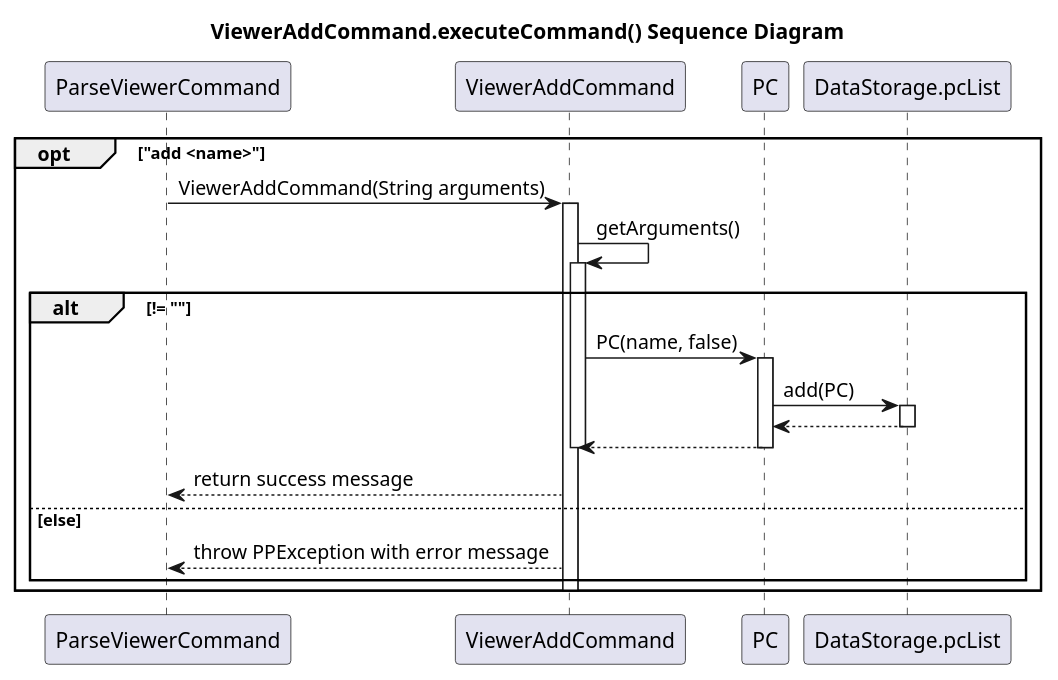
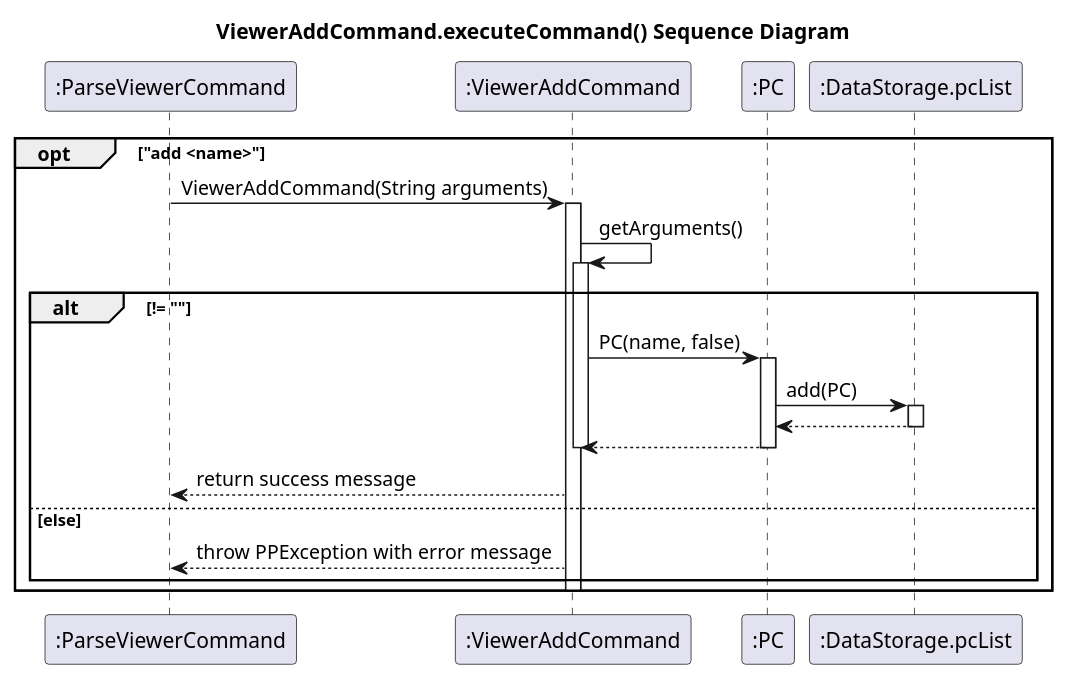
One commit to typingpanda/tp changed the diagram in docs/uml-source/ViewerAddCommand.puml. Above: the diagram before and after it, drawn with PlantUML.

Commit message:
Update ViewerAddCommand to follow standard requirements

```diff
--- a/docs/uml-source/ViewerAddCommand.puml
+++ b/docs/uml-source/ViewerAddCommand.puml
@@ -1,31 +1,31 @@
 @startuml
 title ViewerAddCommand.executeCommand() Sequence Diagram
 
-participant ParseViewerCommand
-participant ViewerAddCommand
-participant PC
-participant DataStorage.pcList
+participant ":ParseViewerCommand" as ParseViewerCommand
+participant ":ViewerAddCommand" as ViewerAddCommand
+participant ":PC" as PC
+participant ":DataStorage.pcList" as DataStorage.pcList
 
 opt "add <name>"
 ParseViewerCommand -> ViewerAddCommand: ViewerAddCommand(String arguments)
 activate ViewerAddCommand
 ViewerAddCommand -> ViewerAddCommand: getArguments()
 activate ViewerAddCommand
 alt != ""
     ViewerAddCommand -> PC: PC(name, false)
     activate PC
     PC -> DataStorage.pcList: add(PC)
     activate DataStorage.pcList
     DataStorage.pcList --> PC
     deactivate DataStorage.pcList
     PC --> ViewerAddCommand
     deactivate PC
     deactivate ViewerAddCommand
     ViewerAddCommand --> ParseViewerCommand: return success message
 else else
     ViewerAddCommand --> ParseViewerCommand: throw PPException with error message
 end
 
 deactivate ViewerAddCommand
 end
 @enduml
```
